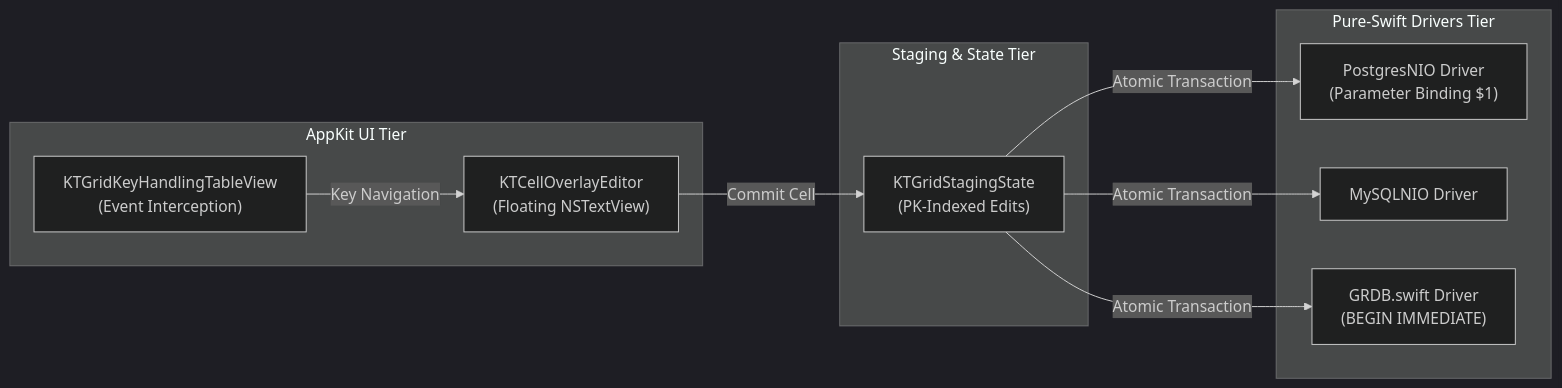
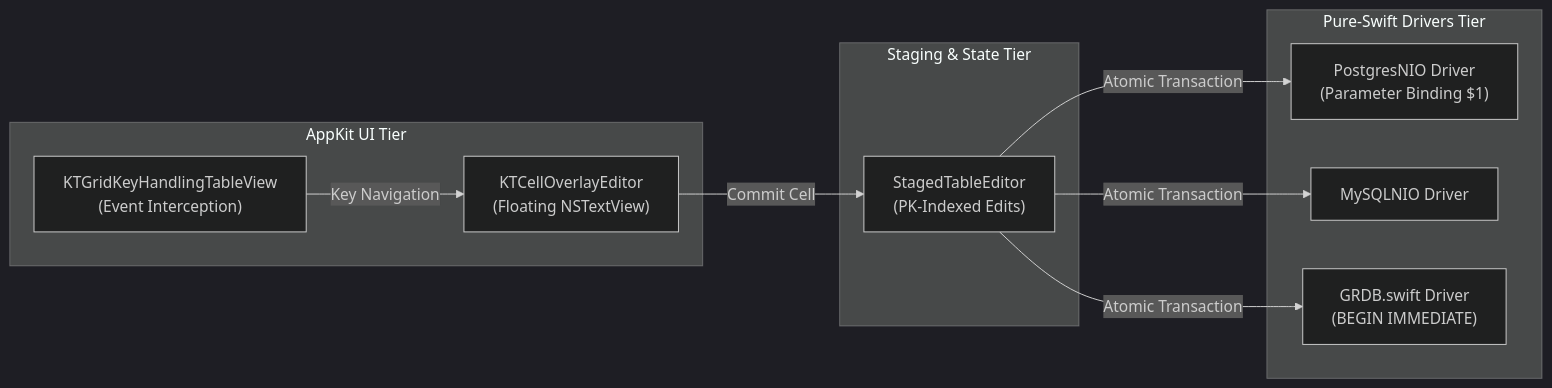
One commit to KTStackAPP/KTStack changed the diagram in docs/05-business-domains.md. Above: the diagram before and after it, drawn with Mermaid (dark theme). The commit also changed 58 other files, not shown here.

````diff
--- a/docs/05-business-domains.md
+++ b/docs/05-business-domains.md
@@ -58,23 +58,23 @@
 ```mermaid
 flowchart LR
     subgraph UI["AppKit UI Tier"]
         TableView["KTGridKeyHandlingTableView\n(Event Interception)"]
         OverlayEditor["KTCellOverlayEditor\n(Floating NSTextView)"]
     end
 
     subgraph Logic["Staging & State Tier"]
-        StagingState["KTGridStagingState\n(PK-Indexed Edits)"]
+        StagingState["StagedTableEditor\n(PK-Indexed Edits)"]
     end
 
     subgraph Drivers["Pure-Swift Drivers Tier"]
         PGDriver["PostgresNIO Driver\n(Parameter Binding $1)"]
         MySQLDriver["MySQLNIO Driver"]
         SQLiteDriver["GRDB.swift Driver\n(BEGIN IMMEDIATE)"]
     end
 
     TableView -->|Key Navigation| OverlayEditor
     OverlayEditor -->|Commit Cell| StagingState
     StagingState -->|Atomic Transaction| PGDriver
     StagingState -->|Atomic Transaction| MySQLDriver
     StagingState -->|Atomic Transaction| SQLiteDriver
 ```
````
